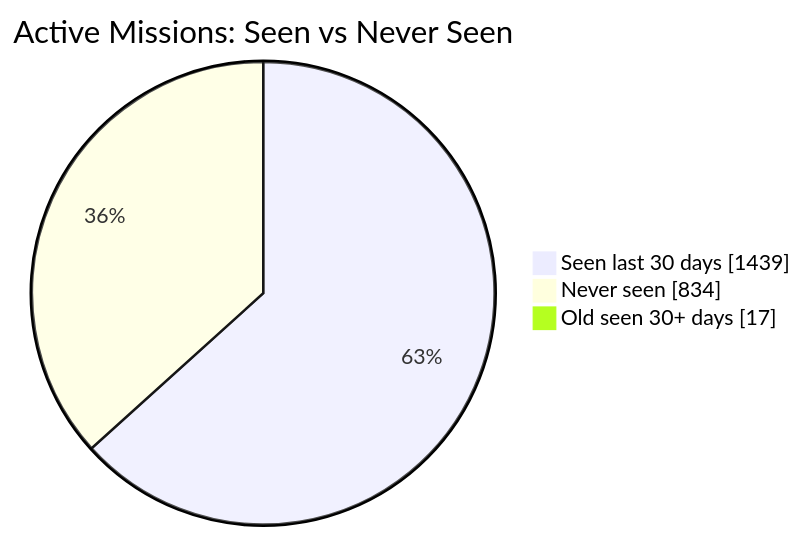
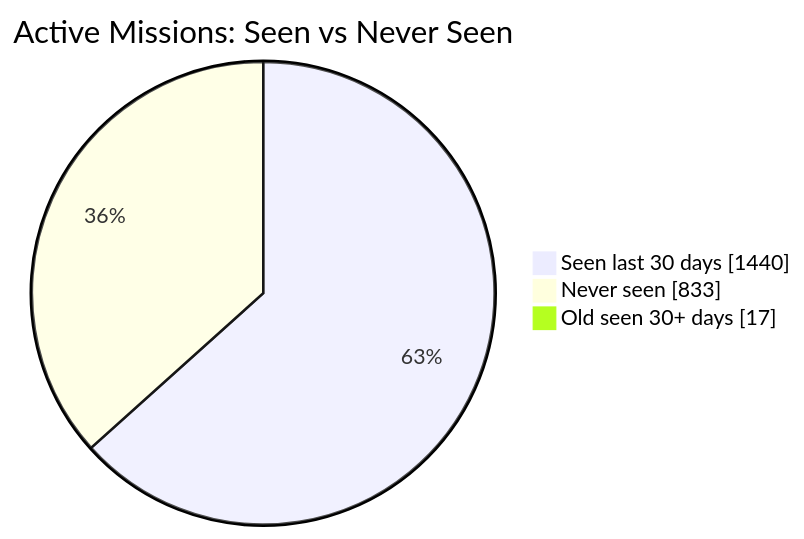
The first of 2 diagrams in README.md (MeldkamerspelGameTeam/active-missions), drawn with Mermaid before and after one commit. The commit also changed other lines of this file and 3 other files, not shown here.

````diff
--- a/README.md
+++ b/README.md
@@ -34,7 +34,7 @@
 ```mermaid
 pie showData
     title Active Missions: Seen vs Never Seen
-    "Seen last 30 days" : 1439
-    "Never seen" : 834
+    "Seen last 30 days" : 1440
+    "Never seen" : 833
     "Old seen 30+ days" : 17
 ```
````
